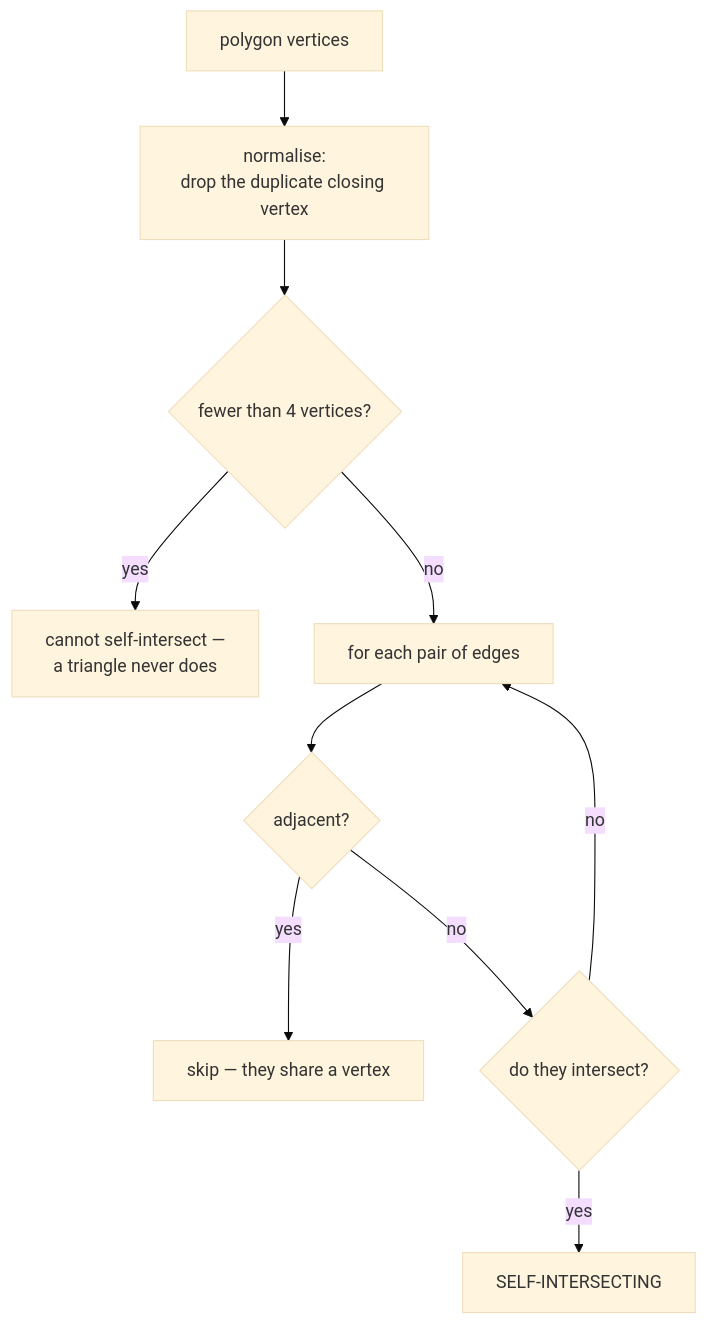
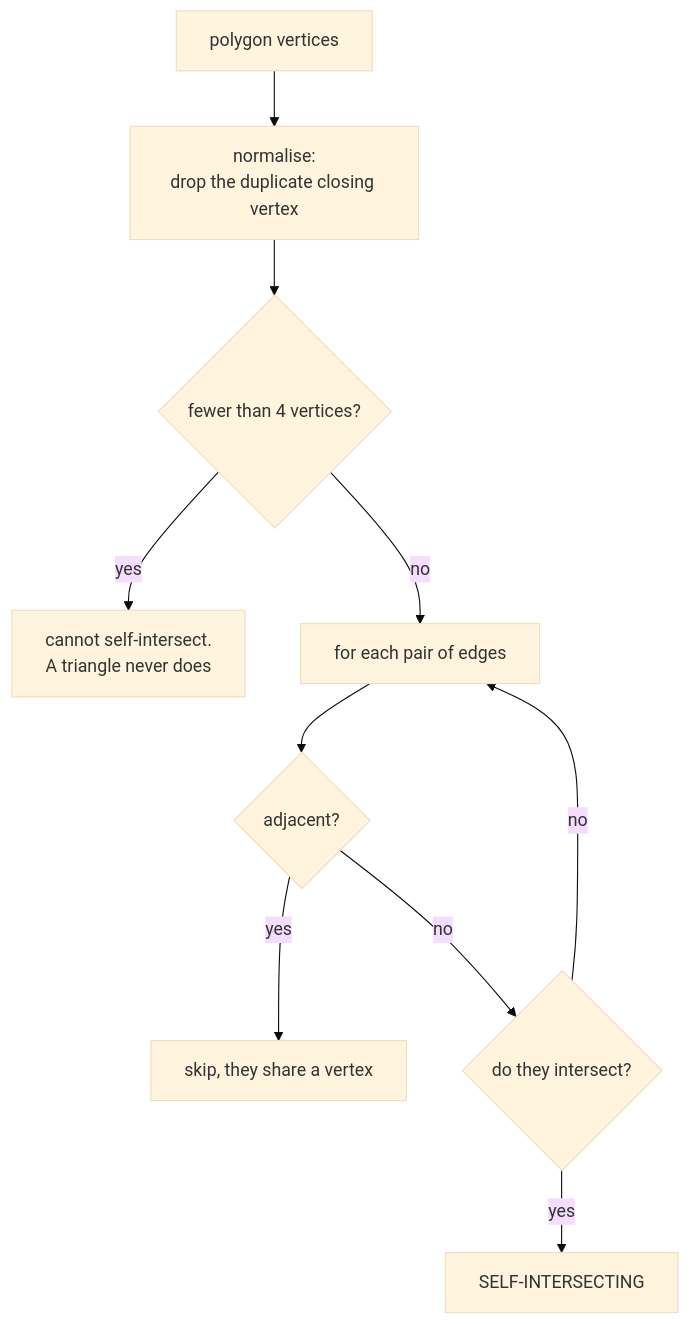
The diagram in docs/cs/polygon-self-intersection.md (jennarbates/StratigraphyGenerator), drawn with Mermaid (base theme) before and after one commit. The commit also changed other lines of this file and 309 other files, not shown here.

````diff
--- a/docs/cs/polygon-self-intersection.md
+++ b/docs/cs/polygon-self-intersection.md
@@ -42,12 +42,12 @@
 ```mermaid
 flowchart TB
   P["polygon vertices"] --> N["normalise:<br/>drop the duplicate closing vertex"]
   N --> S{"fewer than 4 vertices?"}
-  S -->|yes| OK["cannot self-intersect —<br/>a triangle never does"]
+  S -->|yes| OK["cannot self-intersect.<br/>A triangle never does"]
   S -->|no| L["for each pair of edges"]
   L --> A{"adjacent?"}
-  A -->|yes| Skip["skip — they share a vertex"]
+  A -->|yes| Skip["skip, they share a vertex"]
   A -->|no| I{"do they intersect?"}
   I -->|yes| Bad["SELF-INTERSECTING"]
   I -->|no| L
 ```
````
